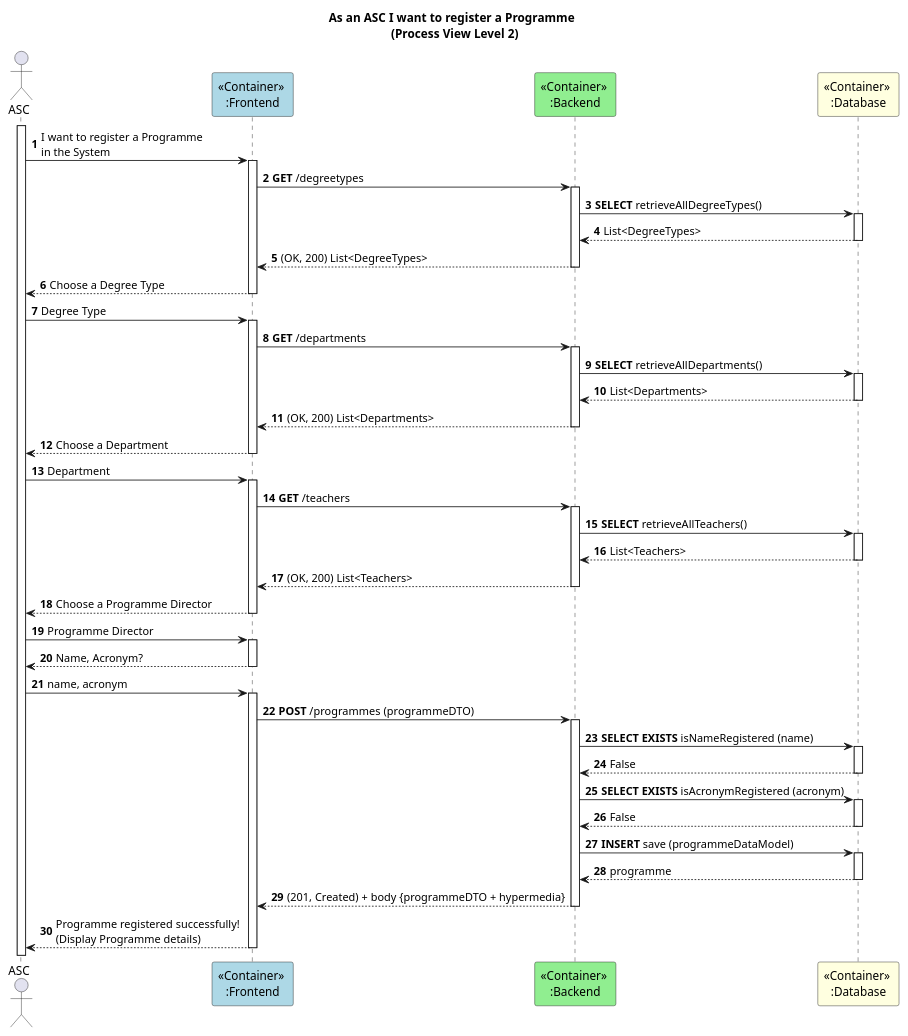
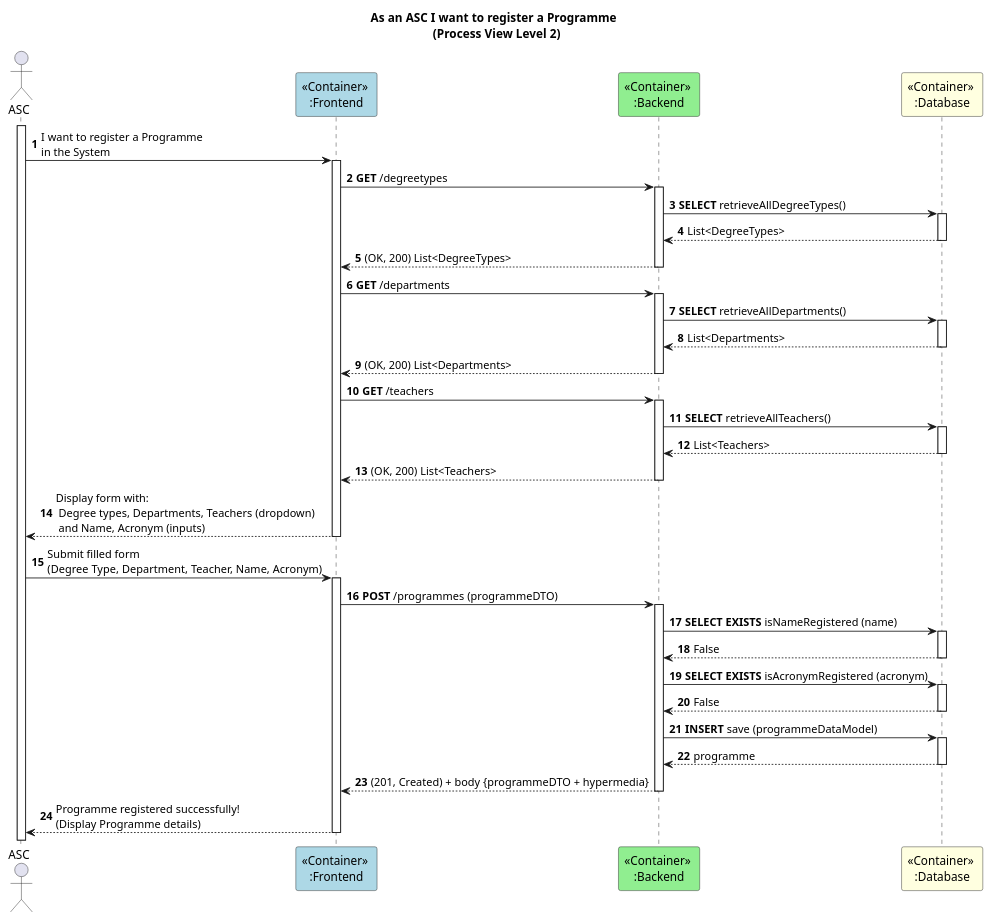
Before and after one commit to GasparISEP/DevOps-PAI: the diagram in docs/US31/ProcessView/Level2.puml, drawn with PlantUML. The commit also changed 5 other files, not shown here.

Commit message:
Ref #653: Refactor Process View diagrams to use o] notation for external interactions, and update Process View Level 1 diagram to reflect single-step form submission

```diff
--- a/docs/US31/ProcessView/Level2.puml
+++ b/docs/US31/ProcessView/Level2.puml
@@ -1,47 +1,42 @@
 @startuml
 
 autonumber
 
 title As an ASC I want to register a Programme \n (Process View Level 2)
 
 actor ASC as Admin
 participant "<<Container>> \n:Frontend" as FE #lightblue
 participant "<<Container>> \n:Backend" as BE #lightgreen
 participant "<<Container>> \n:Database" as BD #lightyellow
 
 activate Admin
 Admin -> FE ++: I want to register a Programme \nin the System
 FE -> BE ++: **GET** /degreetypes
 BE -> BD ++: **SELECT** retrieveAllDegreeTypes()
 BD --> BE --: List<DegreeTypes>
 BE --> FE --: (OK, 200) List<DegreeTypes>
-FE --> Admin --: Choose a Degree Type
-Admin -> FE ++: Degree Type
 
 FE -> BE ++: **GET** /departments
 BE -> BD ++: **SELECT** retrieveAllDepartments()
 BD --> BE --: List<Departments>
 BE --> FE --: (OK, 200) List<Departments>
-FE --> Admin --: Choose a Department
-Admin -> FE ++: Department
+
 
 FE -> BE ++: **GET** /teachers
 BE -> BD ++: **SELECT** retrieveAllTeachers()
 BD --> BE --: List<Teachers>
 BE --> FE --: (OK, 200) List<Teachers>
-FE --> Admin --: Choose a Programme Director
-Admin -> FE ++: Programme Director
+FE --> Admin --: Display form with: \n Degree types, Departments, Teachers (dropdown) \n and Name, Acronym (inputs)
 
-FE --> Admin --: Name, Acronym?
-Admin -> FE ++: name, acronym
+Admin -> FE ++: Submit filled form \n(Degree Type, Department, Teacher, Name, Acronym)
 FE -> BE ++: **POST** /programmes (programmeDTO)
 BE -> BD ++: **SELECT EXISTS** isNameRegistered (name)
 BD --> BE --: False
 BE -> BD ++: **SELECT EXISTS** isAcronymRegistered (acronym)
 BD --> BE --: False
 BE -> BD ++: **INSERT** save (programmeDataModel)
 BD --> BE --: programme
 BE --> FE --: (201, Created) + body {programmeDTO + hypermedia}
 FE --> Admin --: Programme registered successfully! \n(Display Programme details)
 
 @enduml
```
